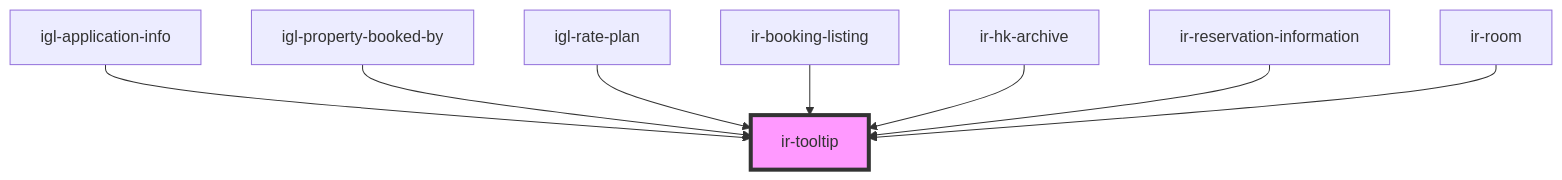
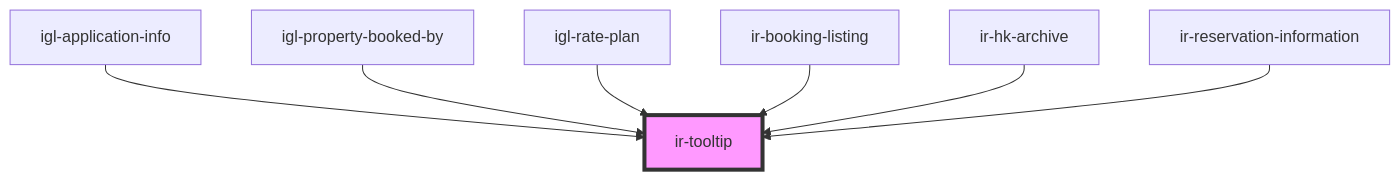
One commit to David1Chowaifaty/modified-ir-webcmp changed the diagram in src/components/ui/ir-tooltip/readme.md. Above: the diagram before and after it, drawn with Mermaid. The commit also changed other lines of this file and 28 other files, not shown here.

````diff
--- a/src/components/ui/ir-tooltip/readme.md
+++ b/src/components/ui/ir-tooltip/readme.md
@@ -31,11 +30,10 @@
 ```mermaid
 graph TD;
   igl-application-info --> ir-tooltip
   igl-property-booked-by --> ir-tooltip
   igl-rate-plan --> ir-tooltip
   ir-booking-listing --> ir-tooltip
   ir-hk-archive --> ir-tooltip
   ir-reservation-information --> ir-tooltip
-  ir-room --> ir-tooltip
   style ir-tooltip fill:#f9f,stroke:#333,stroke-width:4px
 ```
````
